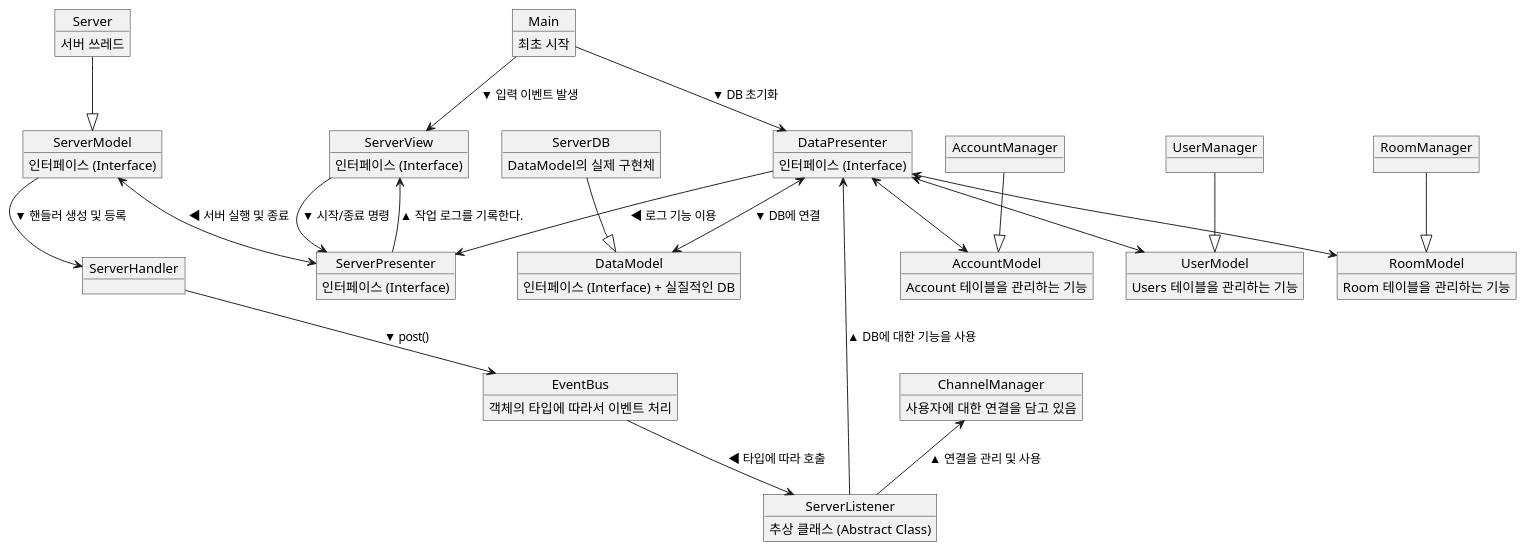
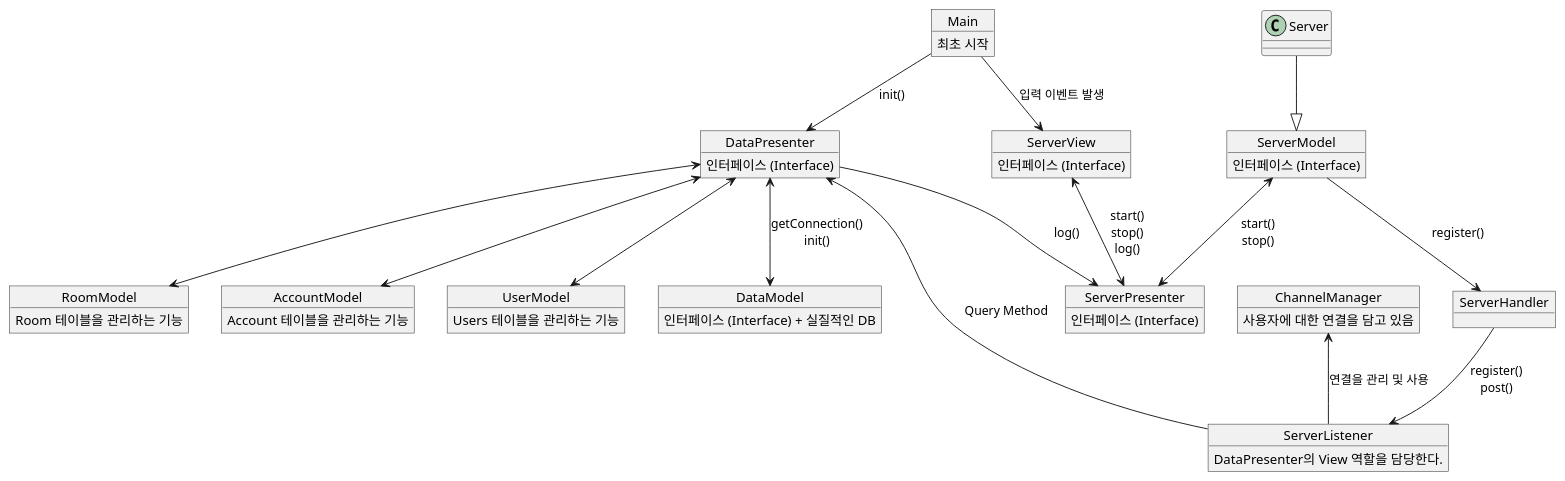
Before and after one commit to rlaehd62/Telestration: the diagram in Server/설계/서버 SW.puml, drawn with PlantUML. The commit also changed 21 other files, not shown here.

```diff
--- a/Server/설계/서버 SW.puml
+++ b/Server/설계/서버 SW.puml
@@ -1,69 +1,51 @@
 @startuml
 
 object Main
+object ServerListener
+
 object ServerPresenter
 object ServerModel
 object ServerView
-object Server
 object ServerHandler
-object EventBus
-object ServerListener
 
 object DataPresenter
-object DataModel
-object ChannelManager
-
 object RoomModel
 object AccountModel
 object UserModel
+object DataModel
 
-object RoomManager
-object AccountManager
-object UserManager
-object ServerDB
+object ChannelManager
 
-
-ServerDB : DataModel의 실제 구현체
 RoomModel : Room 테이블을 관리하는 기능
 AccountModel : Account 테이블을 관리하는 기능
 UserModel : Users 테이블을 관리하는 기능
 
 Main : 최초 시작
-EventBus : 객체의 타입에 따라서 이벤트 처리
 ServerPresenter : 인터페이스 (Interface)
 ServerView : 인터페이스 (Interface)
 ServerModel : 인터페이스 (Interface)
 DataPresenter : 인터페이스 (Interface)
 DataModel : 인터페이스 (Interface) + 실질적인 DB
-ServerListener : 추상 클래스 (Abstract Class)
-Server : 서버 쓰레드
+ServerListener : DataPresenter의 View 역할을 담당한다.
 ChannelManager : 사용자에 대한 연결을 담고 있음
 
 
 Server --|> ServerModel
 
-Main --> ServerView : ▼ 입력 이벤트 발생
-Main --> DataPresenter : ▼ DB 초기화
+Main --> ServerView : 입력 이벤트 발생
+Main --> DataPresenter : init()
 
-ServerView <-- ServerPresenter : ▲ 작업 로그를 기록한다.
-ServerView --> ServerPresenter : ▼ 시작/종료 명령
-ServerModel <--> ServerPresenter : ◀ 서버 실행 및 종료
-ServerModel --> ServerHandler : ▼ 핸들러 생성 및 등록
+ServerView <--> ServerPresenter : start()\nstop()\nlog()
+ServerModel <--> ServerPresenter : start()\nstop()
+ServerModel --> ServerHandler : register()
 
-
-DataPresenter <--> DataModel : ▼ DB에 연결
+DataPresenter <--> DataModel : getConnection()\ninit()
 DataPresenter <--> RoomModel
 DataPresenter <--> AccountModel
 DataPresenter <--> UserModel
-DataPresenter --> ServerPresenter : ◀ 로그 기능 이용
+DataPresenter --> ServerPresenter : log()
 
-ServerDB --|> DataModel
-RoomManager --|> RoomModel
-AccountManager --|> AccountModel
-UserManager --|> UserModel
-
-ServerHandler --> EventBus : ▼ post()
-EventBus --> ServerListener : ◀ 타입에 따라 호출
-DataPresenter <-- ServerListener : ▲ DB에 대한 기능을 사용
-ChannelManager <-- ServerListener : ▲ 연결을 관리 및 사용
+ServerHandler --> ServerListener : register()\npost()
+DataPresenter <-- ServerListener : Query Method
+ChannelManager <-- ServerListener : 연결을 관리 및 사용
 @enduml
```
